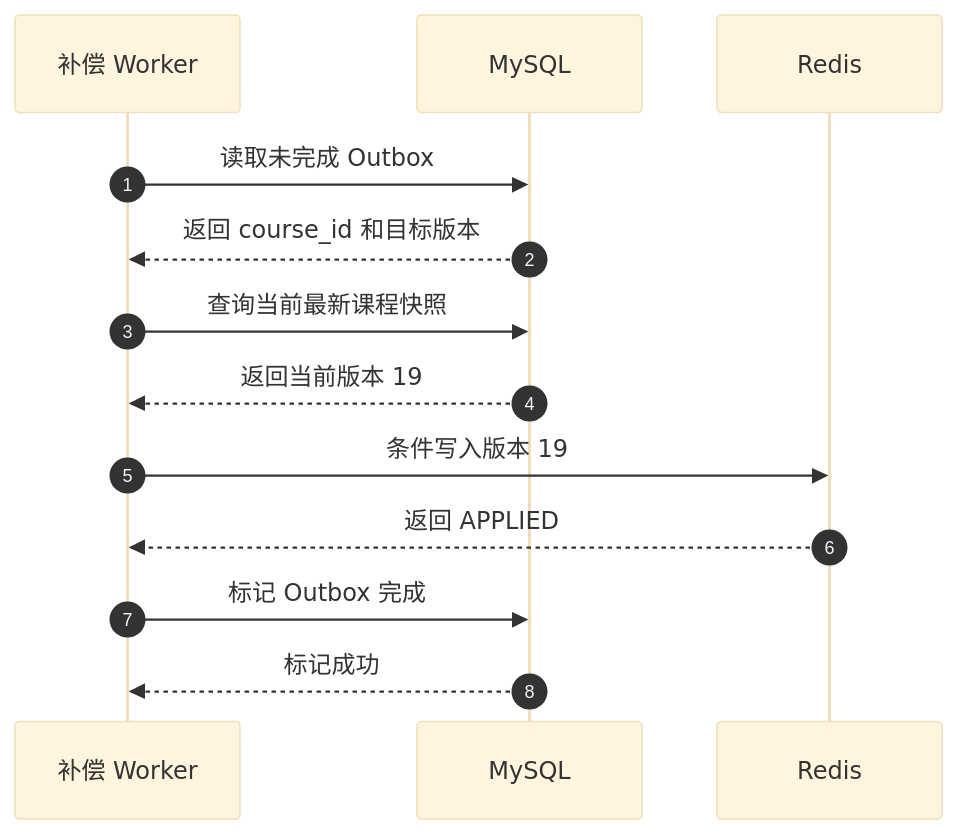
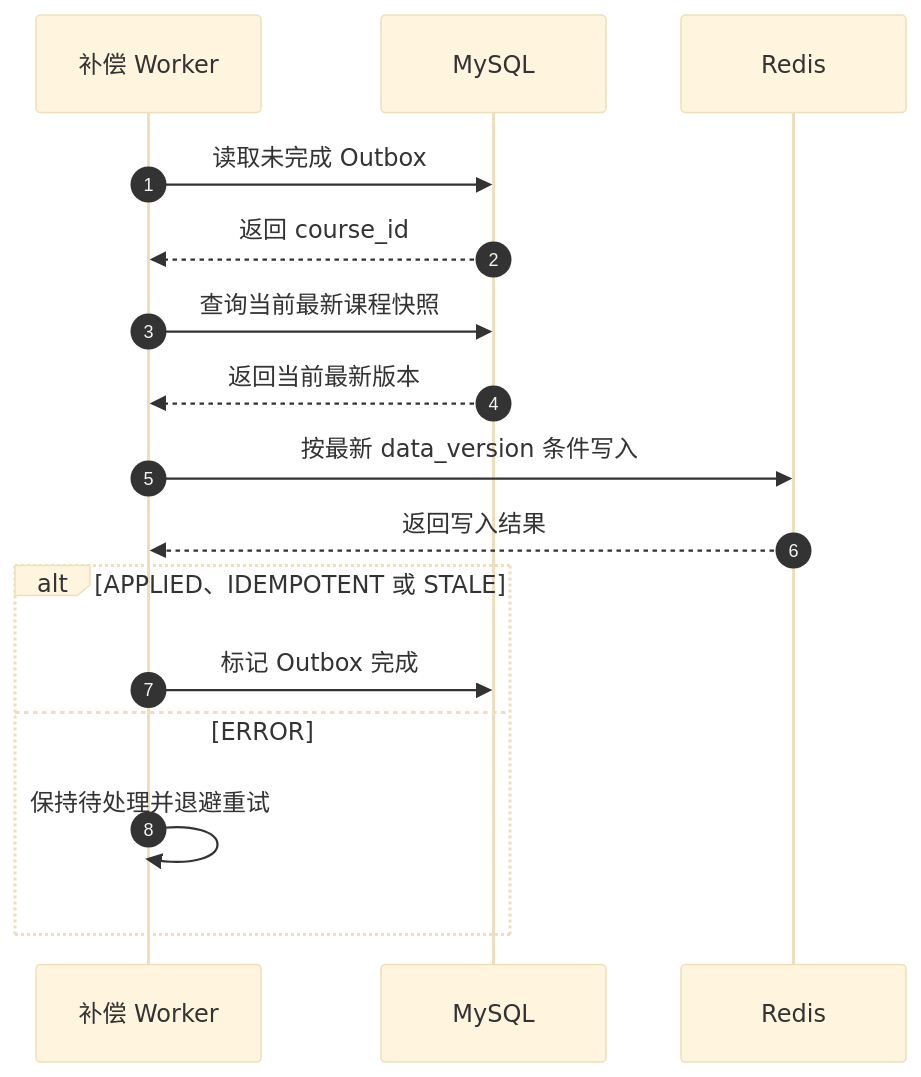
Before and after one commit to zdl20251023-pixel/agent-frame: diagram 21 of 28 in docs/redis/126-redis-4种缓存模式-分享版-极简版.md, drawn with Mermaid (base theme). The commit also changed other lines of this file, not shown here.

Commit message:
redis 四大缓存模式 简化版本  简化3.3

````diff
--- a/docs/redis/126-redis-4种缓存模式-分享版-极简版.md
+++ b/docs/redis/126-redis-4种缓存模式-分享版-极简版.md
@@ -866,19 +968,23 @@
 ```mermaid
 sequenceDiagram
     autonumber
+
     participant Worker as 补偿 Worker
     participant MySQL as MySQL
     participant Redis as Redis
 
     Worker->>MySQL: 读取未完成 Outbox
-    MySQL-->>Worker: 返回 course_id 和目标版本
+    MySQL-->>Worker: 返回 course_id
 
     Worker->>MySQL: 查询当前最新课程快照
-    MySQL-->>Worker: 返回当前版本 19
+    MySQL-->>Worker: 返回当前最新版本
 
-    Worker->>Redis: 条件写入版本 19
-    Redis-->>Worker: 返回 APPLIED
+    Worker->>Redis: 按最新 data_version 条件写入
+    Redis-->>Worker: 返回写入结果
 
-    Worker->>MySQL: 标记 Outbox 完成
-    MySQL-->>Worker: 标记成功
+    alt APPLIED、IDEMPOTENT 或 STALE
+        Worker->>MySQL: 标记 Outbox 完成
+    else ERROR
+        Worker->>Worker: 保持待处理并退避重试
+    end
 ```
````
